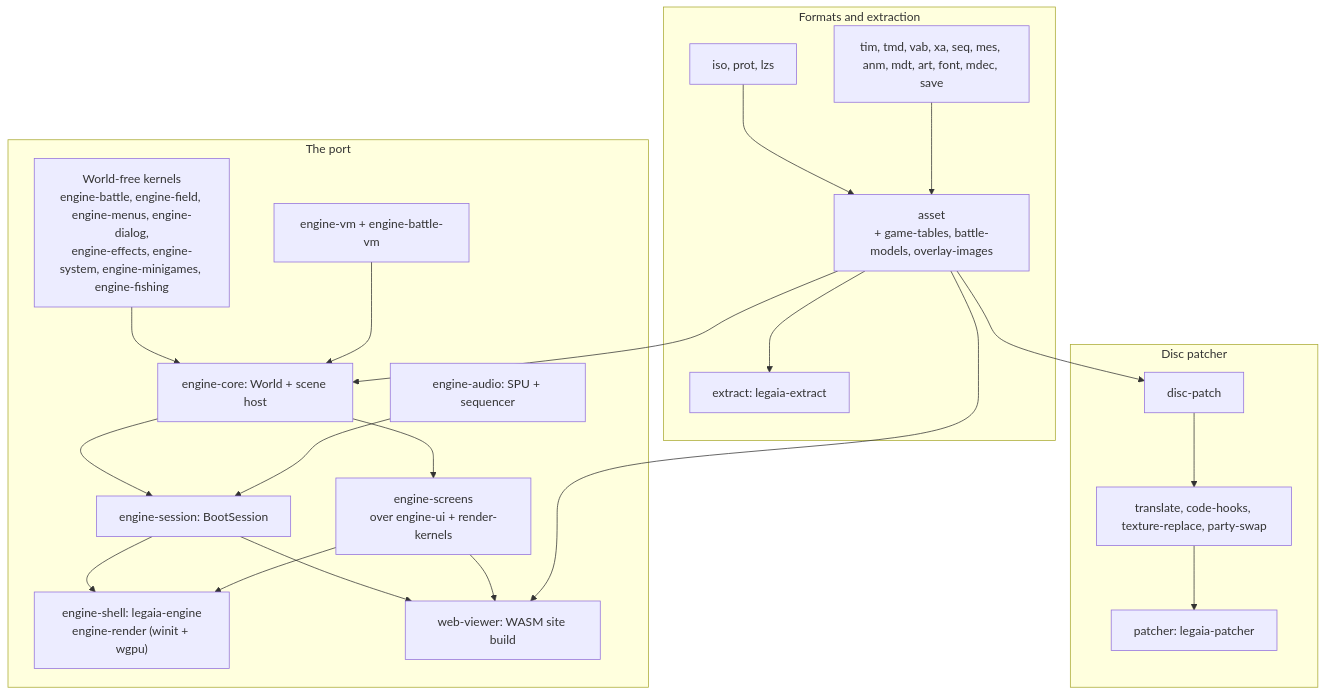
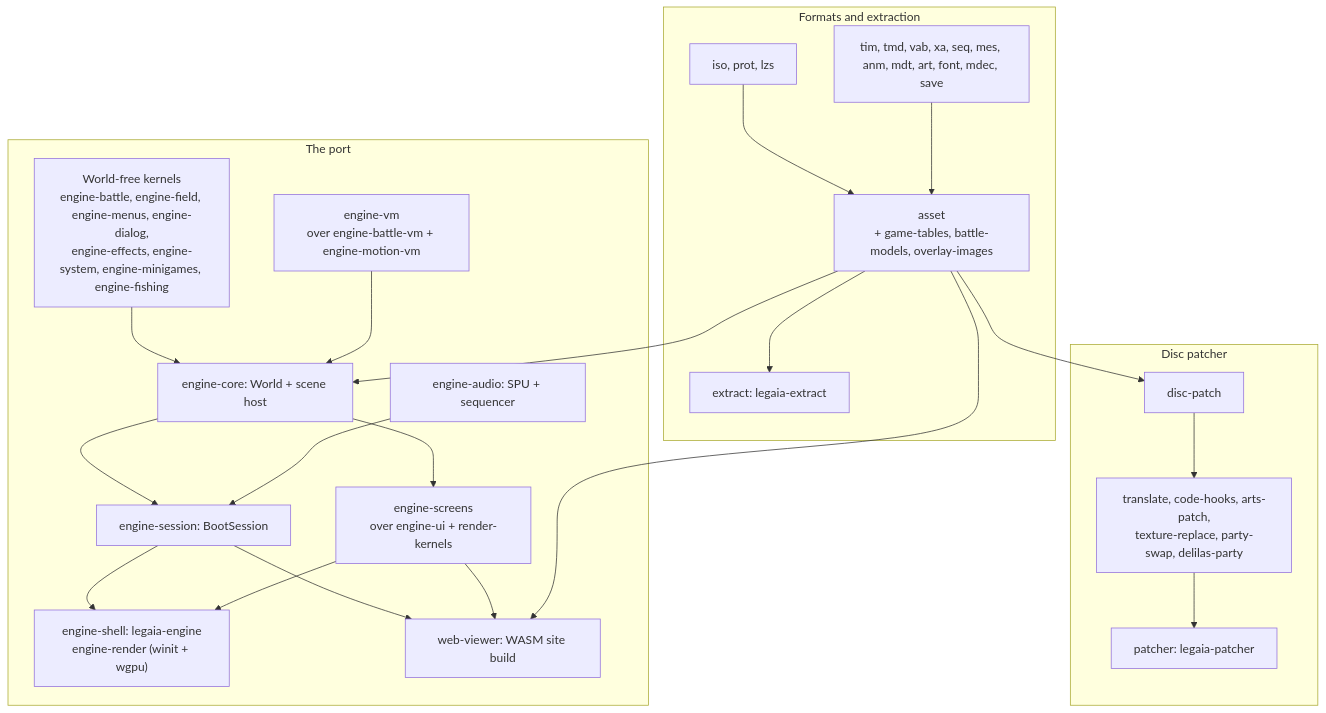
The second of 2 diagrams in docs/overview.md (AndrewAltimit/legend-of-legaia-re), drawn with Mermaid before and after one commit. The commit also changed other lines of this file and 14 other files, not shown here.

````diff
--- a/docs/overview.md
+++ b/docs/overview.md
@@ -80,39 +80,39 @@
 ```mermaid
 flowchart TD
     subgraph formats["Formats and extraction"]
         container["iso, prot, lzs"]
         hub["asset<br/>+ game-tables, battle-models, overlay-images"]
         perfmt["tim, tmd, vab, xa, seq, mes, anm, mdt, art, font, mdec, save"]
         extract["extract: legaia-extract"]
         container --> hub --> extract
         perfmt --> hub
     end
     subgraph port["The port"]
         kernels["World-free kernels<br/>engine-battle, engine-field, engine-menus, engine-dialog,<br/>engine-effects, engine-system, engine-minigames, engine-fishing"]
-        vm["engine-vm + engine-battle-vm"]
+        vm["engine-vm<br/>over engine-battle-vm + engine-motion-vm"]
         core["engine-core: World + scene host"]
         audio["engine-audio: SPU + sequencer"]
         session["engine-session: BootSession"]
         present["engine-screens<br/>over engine-ui + render-kernels"]
         native["engine-shell: legaia-engine<br/>engine-render (winit + wgpu)"]
         web["web-viewer: WASM site build"]
         kernels --> core
         vm --> core
         core --> session
         audio --> session
         core --> present
         session --> native
         session --> web
         present --> native
         present --> web
     end
     subgraph mod["Disc patcher"]
         dp["disc-patch"]
-        layers["translate, code-hooks, texture-replace, party-swap"]
+        layers["translate, code-hooks, arts-patch,<br/>texture-replace, party-swap, delilas-party"]
         patcher["patcher: legaia-patcher"]
         dp --> layers --> patcher
     end
     hub --> core
     hub --> dp
     hub --> web
 ```
````
